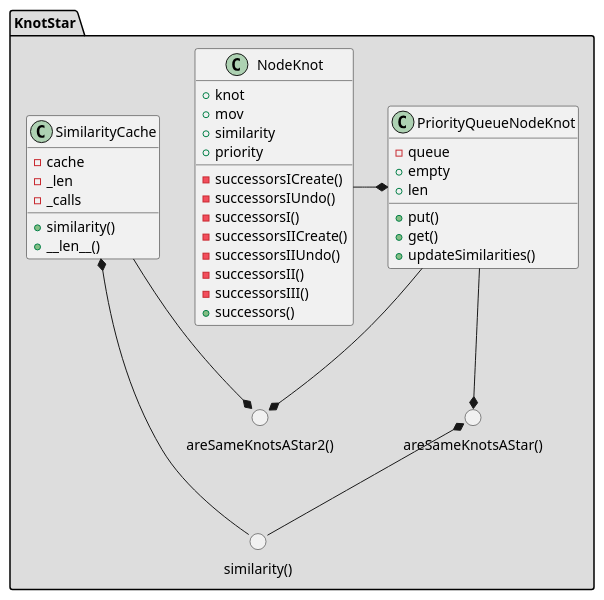
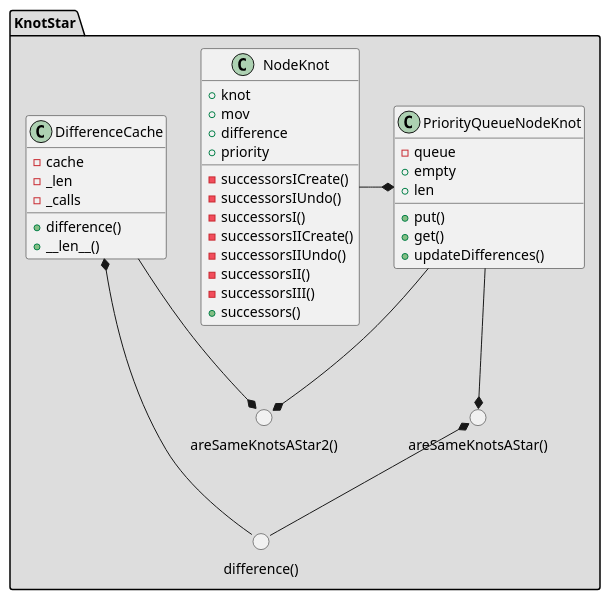
One commit to jeronimocabezuelo/KnotIA2 changed the diagram in diagramA*.puml. Above: the diagram before and after it, drawn with PlantUML. The commit also changed 4 other files, not shown here.

```diff
--- a/diagramA*.puml
+++ b/diagramA*.puml
@@ -1,49 +1,49 @@
 @startuml Diagrama de Clases
 
 package "KnotStar" #DDDDDD {
     class NodeKnot {
         +knot
         +mov
-        +similarity
+        +difference
         +priority
         -successorsICreate()
         -successorsIUndo()
         -successorsI()
         -successorsIICreate()
         -successorsIIUndo()
         -successorsII()
         -successorsIII()
         +successors()
     }
 
     class PriorityQueueNodeKnot {
         -queue
         +empty
         +len
         +put()
         +get()
-        +updateSimilarities()
+        +updateDifferences()
     }
 
-    class SimilarityCache {
+    class DifferenceCache {
         -cache
         -_len
         -_calls
-        +similarity()
+        +difference()
         +__len__()
     }
 
-    circle "similarity()"
+    circle "difference()"
 
     circle "areSameKnotsAStar()"
     circle "areSameKnotsAStar2()"
-    "similarity()" -up-* "areSameKnotsAStar()"
-    "similarity()" -up-* SimilarityCache
+    "difference()" -up-* "areSameKnotsAStar()"
+    "difference()" -up-* DifferenceCache
 
-    SimilarityCache --* "areSameKnotsAStar2()"
+    DifferenceCache --* "areSameKnotsAStar2()"
     PriorityQueueNodeKnot --* "areSameKnotsAStar2()"
     PriorityQueueNodeKnot --* "areSameKnotsAStar()"
     NodeKnot -right-* PriorityQueueNodeKnot
 }
     
 @enduml
```
